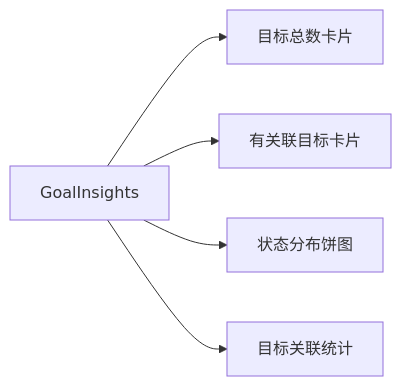
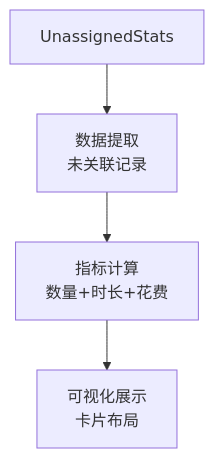
The tenth of 14 diagrams in .qoder/repowiki/zh/content/核心功能模块/洞察分析系统/洞察分析系统.md (bbong1234/TETO), drawn with Mermaid before and after one commit. The commit also changed other lines of this file and 10 other files, not shown here.

````diff
--- a/.qoder/repowiki/zh/content/核心功能模块/洞察分析系统/洞察分析系统.md
+++ b/.qoder/repowiki/zh/content/核心功能模块/洞察分析系统/洞察分析系统.md
@@ -250,7 +328,6 @@
 ```mermaid
-graph LR
-G["GoalInsights"] --> TC["目标总数卡片"]
-G --> GA["有关联目标卡片"]
-G --> GS["状态分布饼图"]
-G --> AS["目标关联统计"]
+flowchart TD
+A["UnassignedStats"] --> B["数据提取<br/>未关联记录"]
+B --> C["指标计算<br/>数量+时长+花费"]
+C --> D["可视化展示<br/>卡片布局"]
 ```
````
